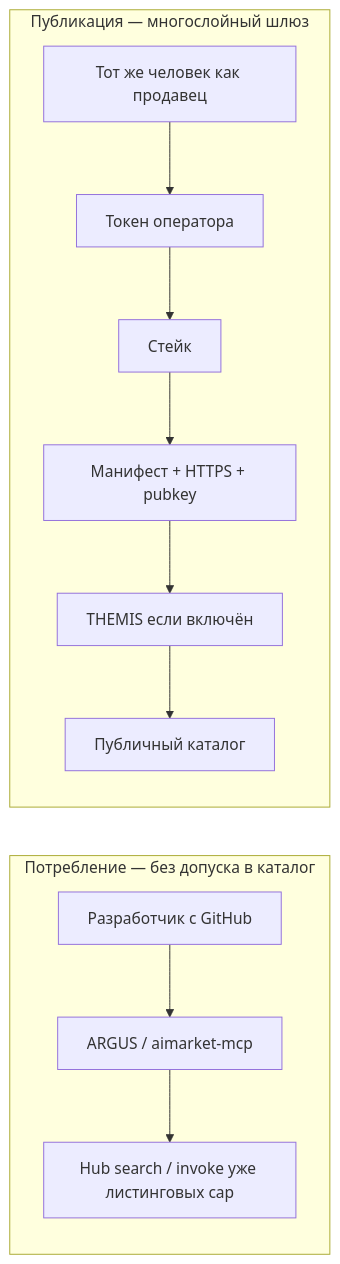
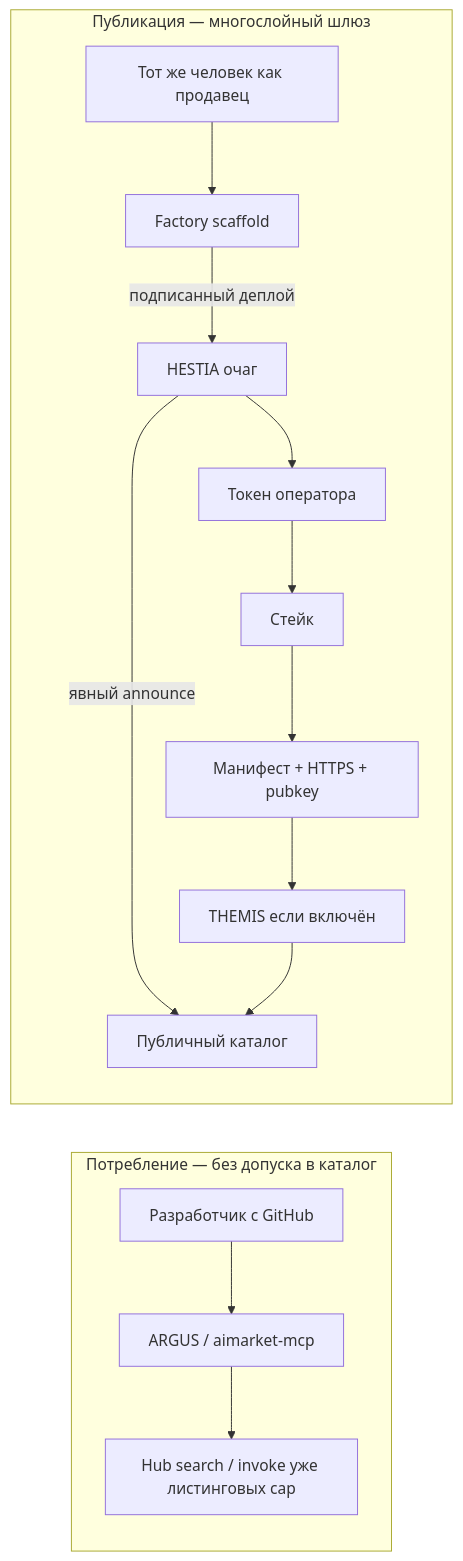
Before and after one commit to alexar76/aicom: the diagram in docs/ecosystem/supply-chain-admission-ru.md, drawn with Mermaid. The commit also changed other lines of this file and 28 other files, not shown here.

````diff
--- a/docs/ecosystem/supply-chain-admission-ru.md
+++ b/docs/ecosystem/supply-chain-admission-ru.md
@@ -145,14 +146,17 @@
 ```mermaid
 flowchart LR
   subgraph consume [Потребление — без допуска в каталог]
     Dev[Разработчик с GitHub] --> Argus[ARGUS / aimarket-mcp]
     Argus --> HubRead[Hub search / invoke уже листинговых cap]
   end
   subgraph publish [Публикация — многослойный шлюз]
-    Dev2[Тот же человек как продавец] --> Tok[Токен оператора]
+    Dev2[Тот же человек как продавец] --> Fac[Factory scaffold]
+    Fac -->|подписанный деплой| Hes[HESTIA очаг]
+    Hes --> Tok[Токен оператора]
     Tok --> Stake[Стейк]
     Stake --> Man[Манифест + HTTPS + pubkey]
     Man --> T[THEMIS если включён]
-    T --> Cat[Публичный каталог]
+    Hes -->|явный announce| Cat[Публичный каталог]
+    T --> Cat
   end
 ```
````
